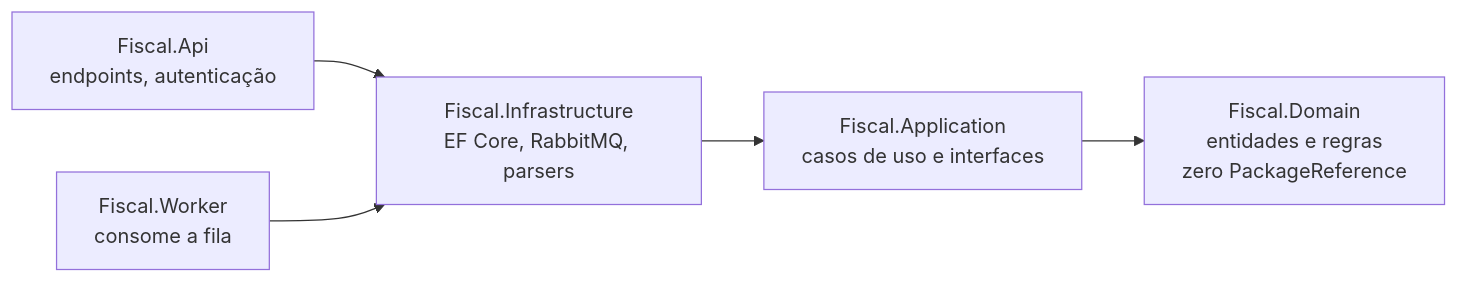
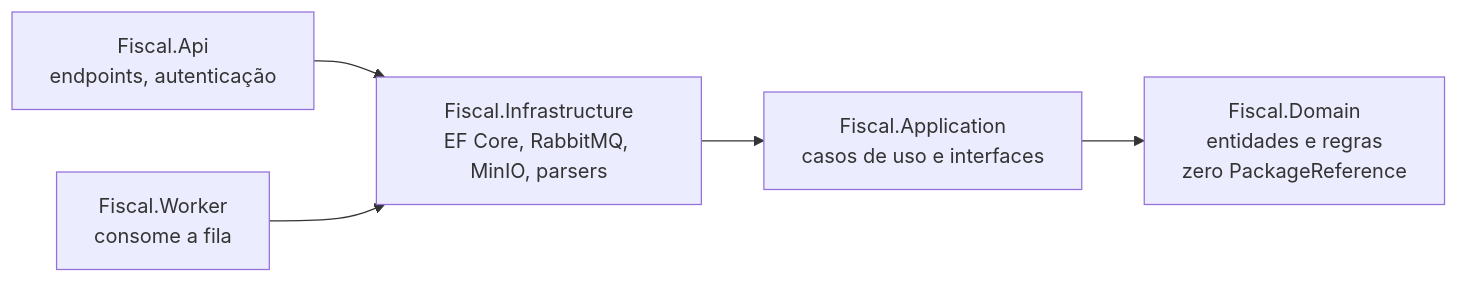
One commit to dennysmoreira/desafio_dev_senior_backend changed the second of 2 diagrams in README.md. Above: the diagram before and after it, drawn with Mermaid. The commit also changed other lines of this file and 4 other files, not shown here.

````diff
--- a/README.md
+++ b/README.md
@@ -248,8 +215,8 @@
 ```mermaid
 flowchart LR
     API["Fiscal.Api<br/>endpoints, autenticação"] --> INFRA
     WRK["Fiscal.Worker<br/>consome a fila"] --> INFRA
-    INFRA["Fiscal.Infrastructure<br/>EF Core, RabbitMQ, parsers"] --> APP
+    INFRA["Fiscal.Infrastructure<br/>EF Core, RabbitMQ, MinIO, parsers"] --> APP
     APP["Fiscal.Application<br/>casos de uso e interfaces"] --> DOM
     DOM["Fiscal.Domain<br/>entidades e regras<br/>zero PackageReference"]
 ```
````
